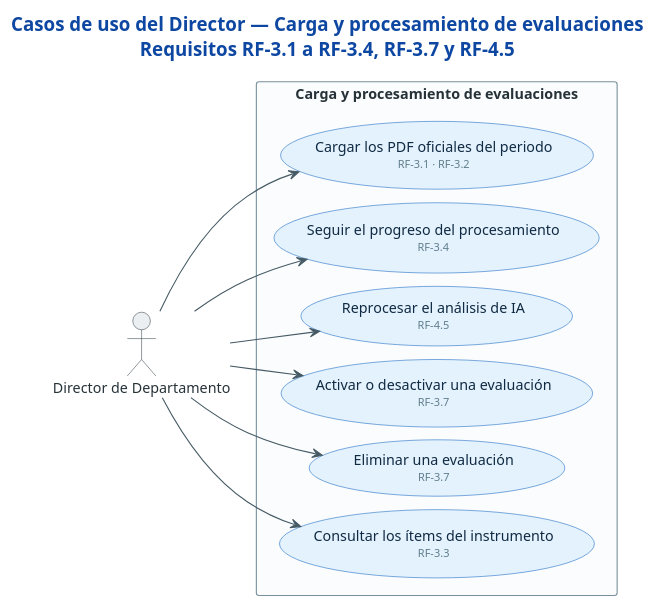
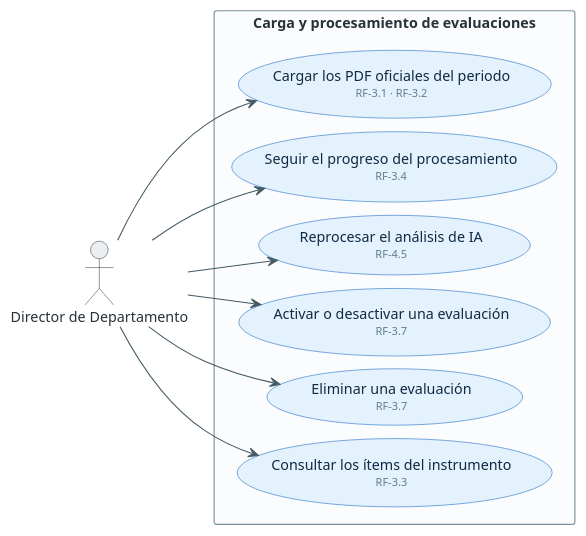
One commit to sistema-evaluacion-docente/api.evd changed the diagram in docs/casos-de-uso/05-director-carga-de-evaluaciones.puml. Above: the diagram before and after it, drawn with PlantUML. The commit also changed 44 other files, not shown here.

First line of the commit message:
feat: add script to render use case diagrams to PDF

```diff
--- a/docs/casos-de-uso/05-director-carga-de-evaluaciones.puml
+++ b/docs/casos-de-uso/05-director-carga-de-evaluaciones.puml
@@ -1,56 +1,54 @@
 @startuml cu-05-director-carga-de-evaluaciones
 ' =============================================================================
 ' Sistema de Evaluación Docente (SET) — UFPS
 ' Fuente: Tabla 36 (actores) y Tabla 37 (requisitos funcionales) del documento de
 '         tesis, con la implementación de DistilUmbert-back y DistilUmbert-front.
 ' =============================================================================
-title Casos de uso del Director — Carga y procesamiento de evaluaciones\nRequisitos RF-3.1 a RF-3.4, RF-3.7 y RF-4.5
-
 left to right direction
 
 skinparam backgroundColor #FFFFFF
 skinparam shadowing false
 skinparam defaultFontSize 13
 skinparam TitleFontSize 17
 skinparam TitleFontColor #0D47A1
 skinparam ArrowColor #455A64
 skinparam ArrowFontColor #546E7A
 skinparam ArrowFontSize 11
 skinparam nodesep 12
 skinparam ranksep 40
 skinparam actor {
   BackgroundColor #ECEFF1
   BorderColor #37474F
   FontColor #263238
 }
 skinparam usecase {
   BackgroundColor #E3F2FD
   BorderColor #1565C0
   FontColor #102A43
 }
 skinparam rectangle {
   BackgroundColor #FAFCFD
   BorderColor #78909C
   FontColor #263238
   FontStyle bold
 }
 
 actor "Director de Departamento" as DIR
 
 rectangle "Carga y procesamiento de evaluaciones" {
   usecase "Cargar los PDF oficiales del periodo\n<size:10><color:#607D8B>RF-3.1 · RF-3.2</color></size>" as D8
   usecase "Seguir el progreso del procesamiento\n<size:10><color:#607D8B>RF-3.4</color></size>" as D9
   usecase "Reprocesar el análisis de IA\n<size:10><color:#607D8B>RF-4.5</color></size>" as D10
   usecase "Activar o desactivar una evaluación\n<size:10><color:#607D8B>RF-3.7</color></size>" as D11
   usecase "Eliminar una evaluación\n<size:10><color:#607D8B>RF-3.7</color></size>" as D12
   usecase "Consultar los ítems del instrumento\n<size:10><color:#607D8B>RF-3.3</color></size>" as D13
 }
 
 DIR --> D8
 DIR --> D9
 DIR --> D10
 DIR --> D11
 DIR --> D12
 DIR --> D13
 
 @enduml
```
